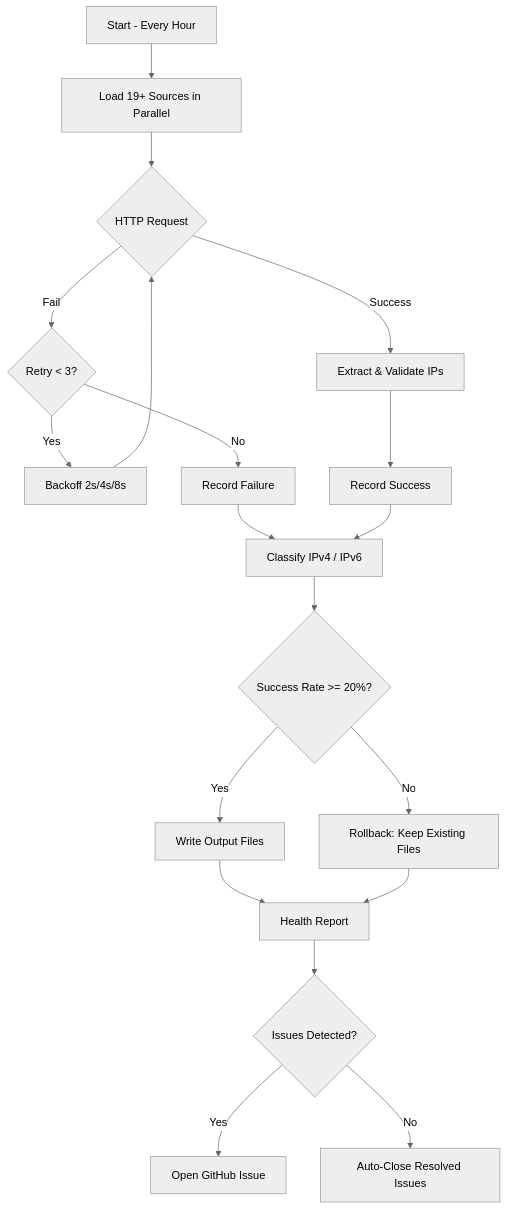
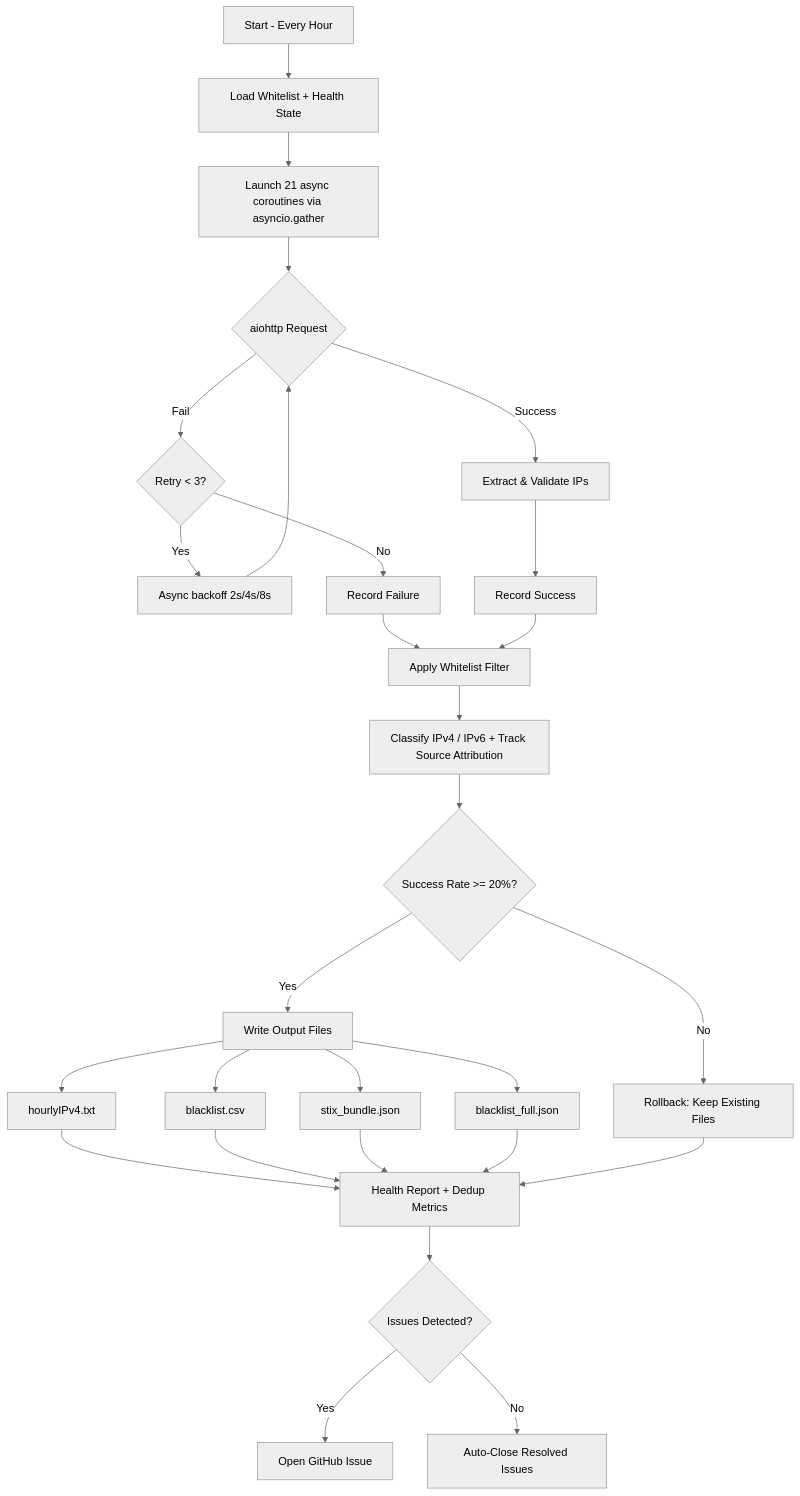
Before and after one commit to ziyadnz/threat-intel-ip-feeds: the first of 2 diagrams in README.md, drawn with Mermaid (neutral theme). The commit also changed other lines of this file and 60 other files, not shown here.

Commit message:
Rewrite to Clean Architecture with async I/O

````diff
--- a/README.md
+++ b/README.md
@@ -291,20 +389,26 @@
 ```mermaid
 flowchart TD
-    A[Start - Every Hour] --> B[Load 19+ Sources in Parallel]
-    B --> C{HTTP Request}
-    C -->|Success| D[Extract & Validate IPs]
-    C -->|Fail| E{Retry < 3?}
-    E -->|Yes| F[Backoff 2s/4s/8s] --> C
-    E -->|No| G[Record Failure]
-    D --> H[Record Success]
-    G --> J[Classify IPv4 / IPv6]
-    H --> J
+    A[Start - Every Hour] --> B[Load Whitelist + Health State]
+    B --> C[Launch 21 async coroutines via asyncio.gather]
+    C --> D{aiohttp Request}
+    D -->|Success| E[Extract & Validate IPs]
+    D -->|Fail| F{Retry < 3?}
+    F -->|Yes| G[Async backoff 2s/4s/8s] --> D
+    F -->|No| H[Record Failure]
+    E --> I[Record Success]
+    H --> WF[Apply Whitelist Filter]
+    I --> WF
+    WF --> J[Classify IPv4 / IPv6 + Track Source Attribution]
     J --> K{Success Rate >= 20%?}
     K -->|Yes| L[Write Output Files]
     K -->|No| M[Rollback: Keep Existing Files]
-    L --> N[Health Report]
+    L --> L1[hourlyIPv4.txt]
+    L --> L2[blacklist.csv]
+    L --> L3[stix_bundle.json]
+    L --> L4[blacklist_full.json]
+    L1 & L2 & L3 & L4 --> N[Health Report + Dedup Metrics]
     M --> N
     N --> O{Issues Detected?}
     O -->|Yes| P[Open GitHub Issue]
     O -->|No| Q[Auto-Close Resolved Issues]
 ```
````
